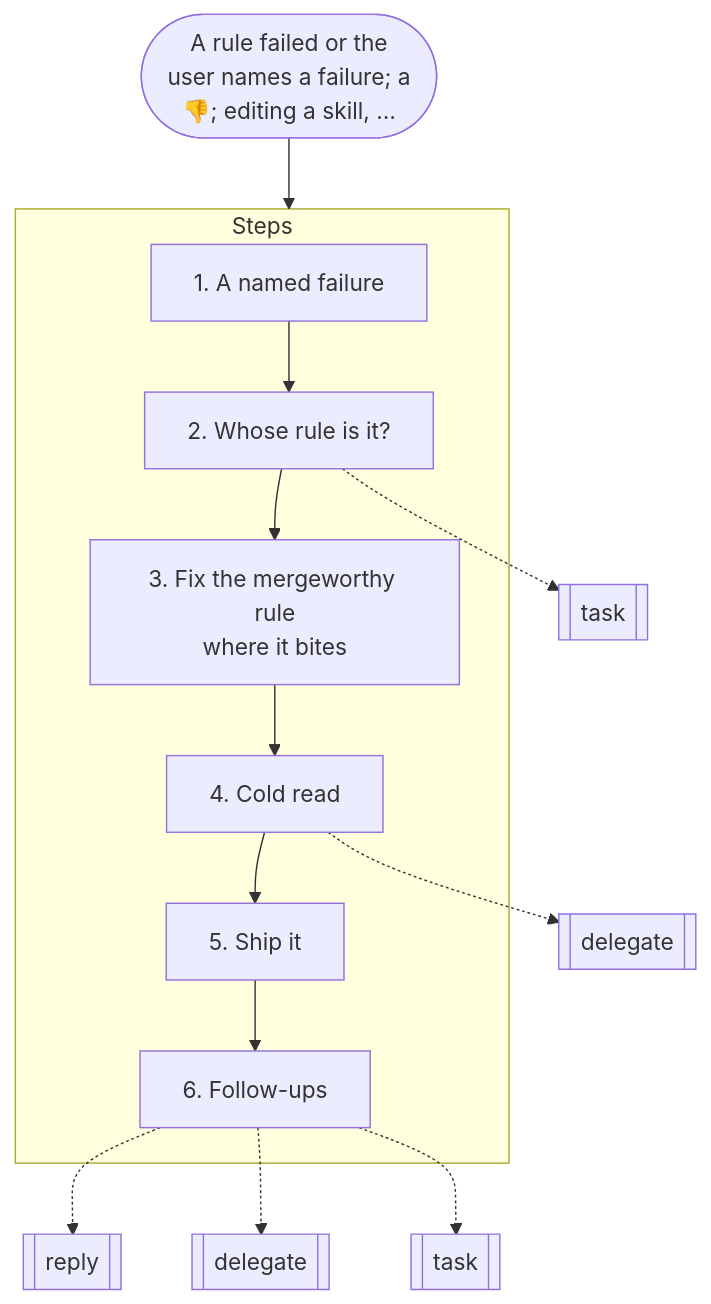
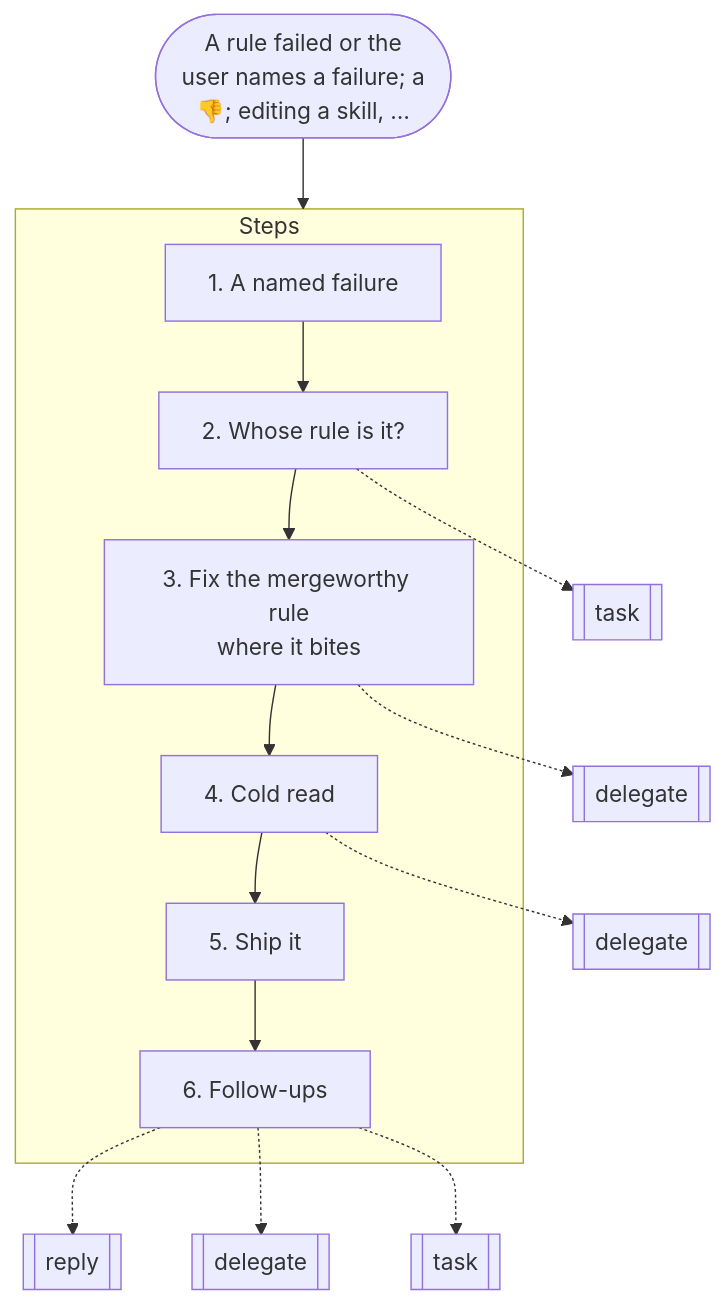
One commit to nitedani-agent/mergeworthy changed the ninth of 19 diagrams in docs/graphs.md. Above: the diagram before and after it, drawn with Mermaid. The commit also changed other lines of this file and 11 other files, not shown here.

````diff
--- a/docs/graphs.md
+++ b/docs/graphs.md
@@ -235,23 +236,24 @@
 ```mermaid
 flowchart TB
   start(["A rule failed or the<br/>user names a failure; a<br/>👎; editing a skill, …"])
   subgraph g0["Steps"]
     s0["1. A named failure"]
     s1["2. Whose rule is it?"]
     s0 --> s1
     s2["3. Fix the mergeworthy rule<br/>where it bites"]
     s1 --> s2
     s3["4. Cold read"]
     s2 --> s3
     s4["5. Ship it"]
     s3 --> s4
     s5["6. Follow-ups"]
     s4 --> s5
   end
   s1 -.-> r1[["task"]]
-  s3 -.-> r2[["delegate"]]
-  s5 -.-> r3[["reply"]]
-  s5 -.-> r4[["delegate"]]
-  s5 -.-> r5[["task"]]
+  s2 -.-> r2[["delegate"]]
+  s3 -.-> r3[["delegate"]]
+  s5 -.-> r4[["reply"]]
+  s5 -.-> r5[["delegate"]]
+  s5 -.-> r6[["task"]]
   start --> g0
 ```
````
